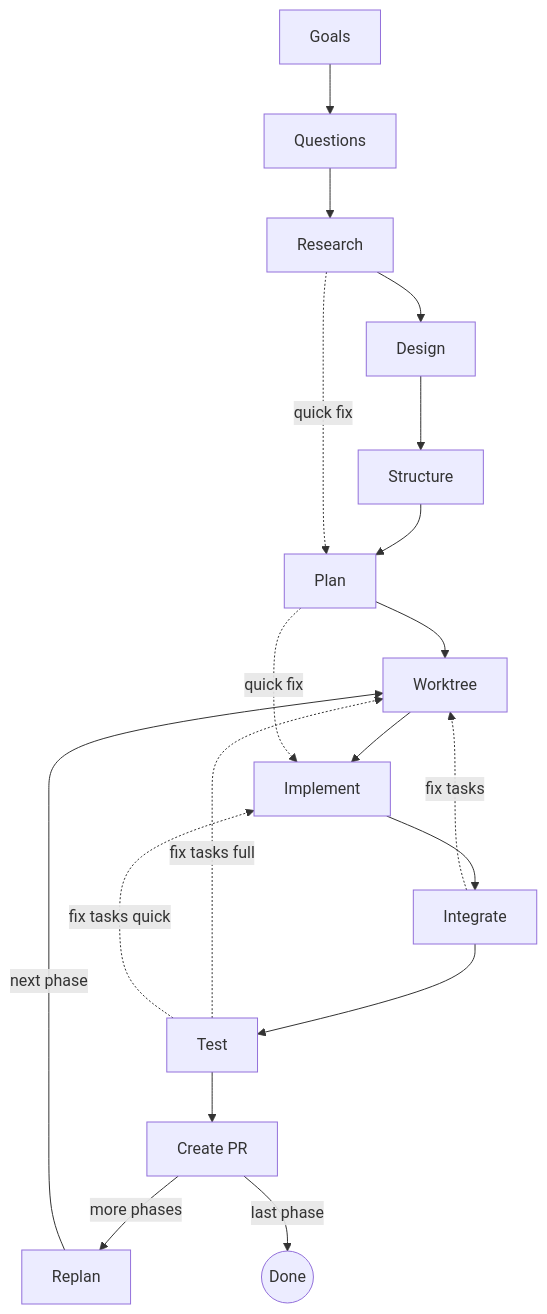
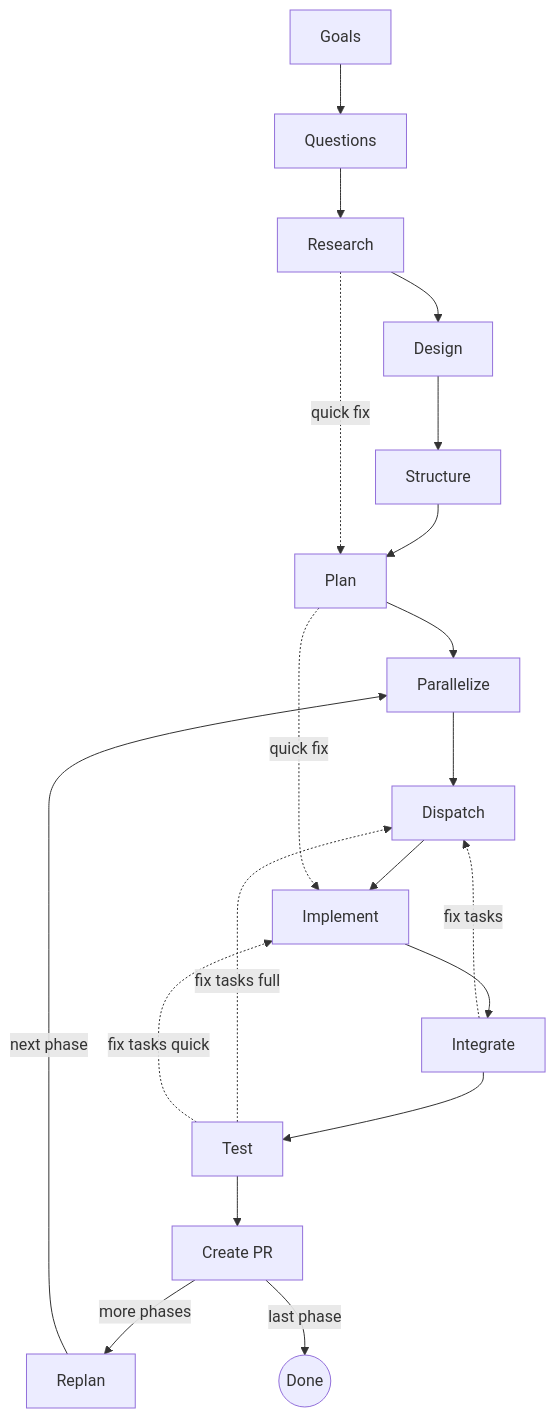
One commit to dfrysinger/qrspi-plus changed the first of 20 diagrams in README.md. Above: the diagram before and after it, drawn with Mermaid. The commit also changed other lines of this file and 6 other files, not shown here.

First line of the commit message:
feat(qrspi): split Worktree into Parallelize + Dispatch

````diff
--- a/README.md
+++ b/README.md
@@ -11,29 +11,30 @@
 ```mermaid
 flowchart TD
     %% Alignment
     Goals[Goals] --> Questions[Questions]
     Questions --> Research[Research]
     Research --> Design[Design]
     Design --> Structure[Structure]
     Structure --> Plan[Plan]
 
     %% Quick fix shortcut: Research skips directly to Plan
     Research -.->|quick fix| Plan
 
     %% Execution
-    Plan --> Worktree[Worktree]
-    Worktree --> Implement[Implement]
+    Plan --> Parallelize[Parallelize]
+    Parallelize --> Dispatch[Dispatch]
+    Dispatch --> Implement[Implement]
     Implement --> Integrate[Integrate]
     Integrate --> Test[Test]
     Test --> PR[Create PR]
     PR -->|more phases| Replan[Replan]
-    Replan -->|next phase| Worktree
+    Replan -->|next phase| Parallelize
 
     %% Quick fix shortcut: Plan skips directly to Implement
     Plan -.->|quick fix| Implement
 
     PR -->|last phase| Done((Done))
-    Integrate -.->|fix tasks| Worktree
-    Test -.->|fix tasks full| Worktree
+    Integrate -.->|fix tasks| Dispatch
+    Test -.->|fix tasks full| Dispatch
     Test -.->|fix tasks quick| Implement
 ```
````
